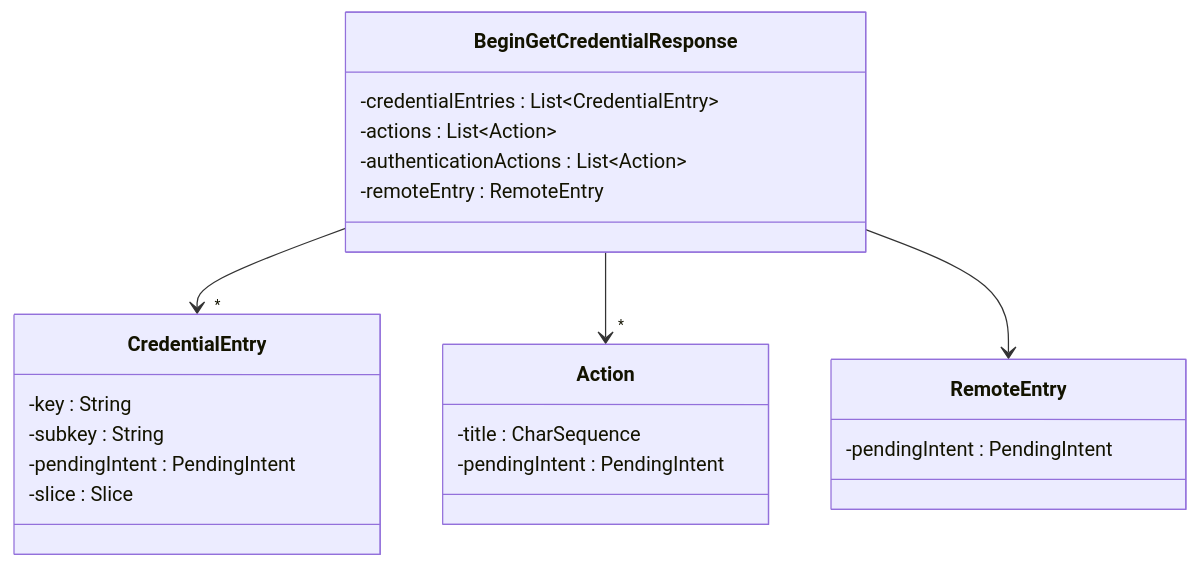
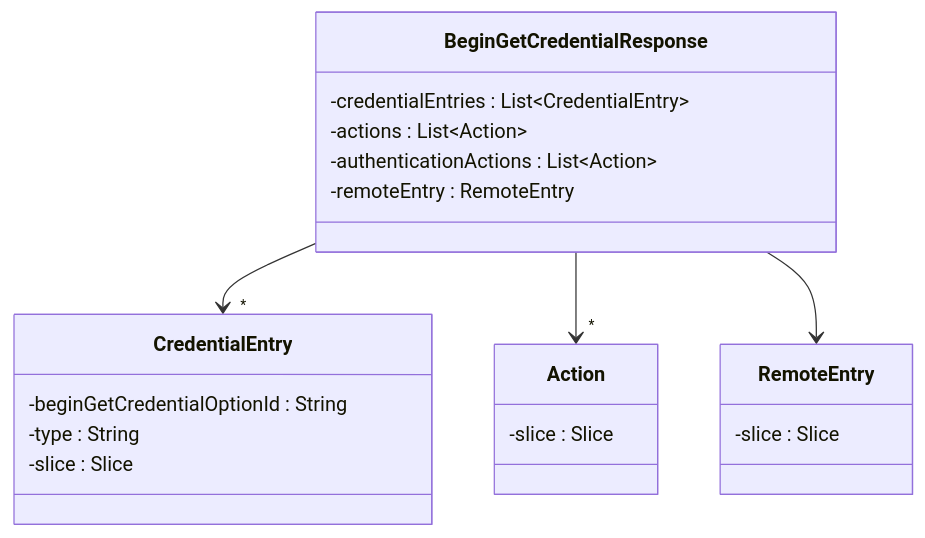
The ninth of 19 diagrams in 41-credential-manager.md (aospbooks/aosp-internal-book), drawn with Mermaid before and after one commit. The commit also changed other lines of this file and 218 other files, not shown here.

````diff
--- a/41-credential-manager.md
+++ b/41-credential-manager.md
@@ -640,26 +652,24 @@
 ```mermaid
 classDiagram
     class BeginGetCredentialResponse {
         -credentialEntries : List~CredentialEntry~
         -actions : List~Action~
         -authenticationActions : List~Action~
         -remoteEntry : RemoteEntry
     }
     class CredentialEntry {
-        -key : String
-        -subkey : String
-        -pendingIntent : PendingIntent
+        -beginGetCredentialOptionId : String
+        -type : String
         -slice : Slice
     }
     class Action {
-        -title : CharSequence
-        -pendingIntent : PendingIntent
+        -slice : Slice
     }
     class RemoteEntry {
-        -pendingIntent : PendingIntent
+        -slice : Slice
     }
 
     BeginGetCredentialResponse --> "*" CredentialEntry
     BeginGetCredentialResponse --> "*" Action
     BeginGetCredentialResponse --> RemoteEntry
 ```
````
